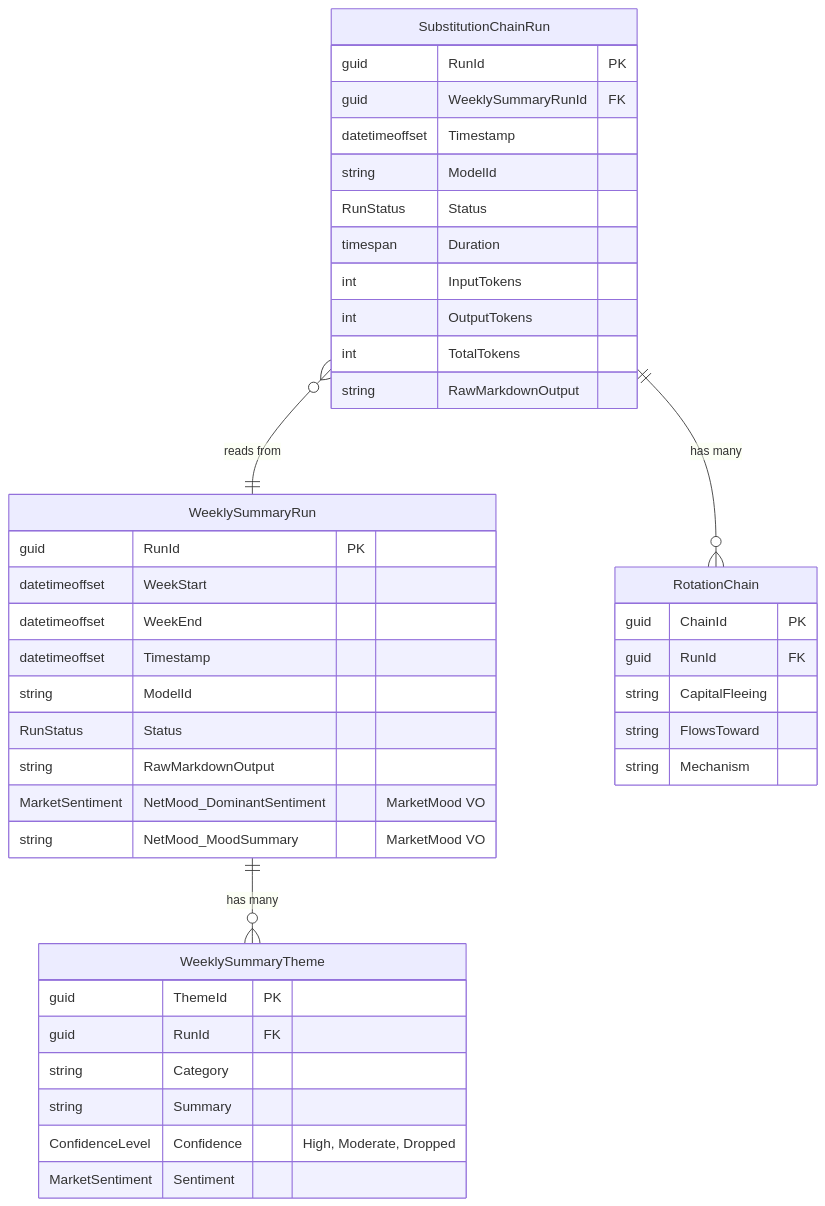
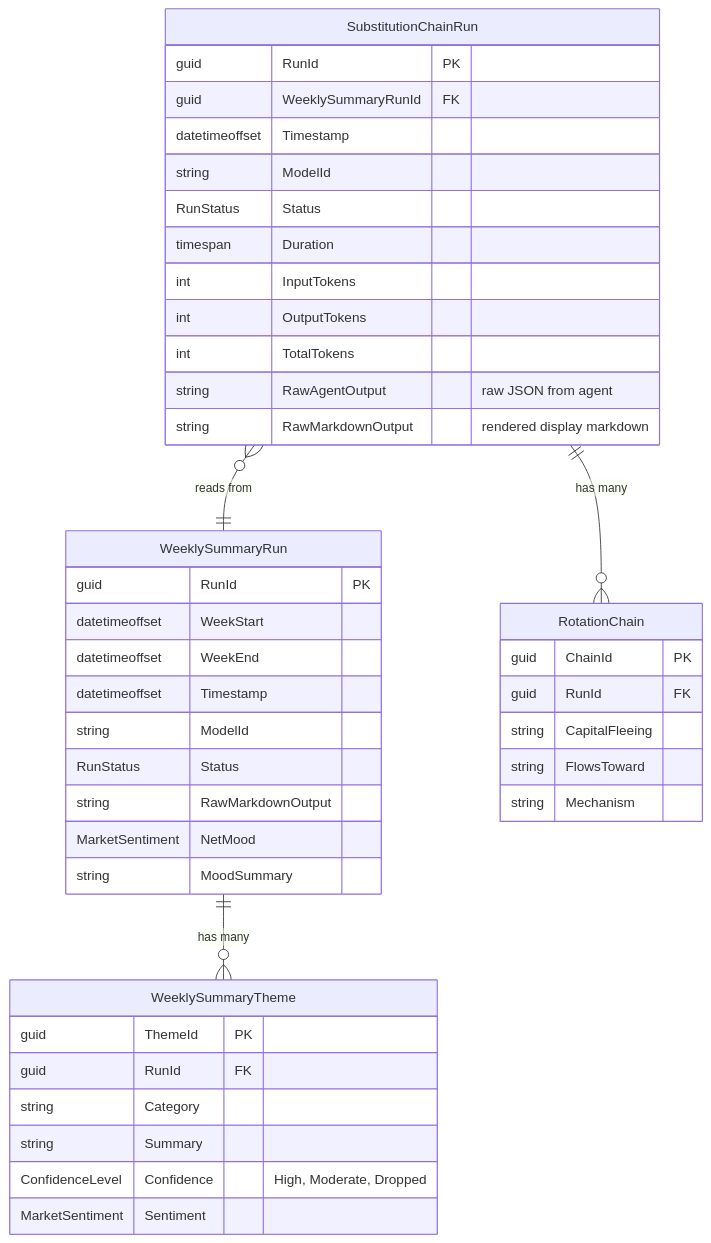
One commit to Muhomorik/KanelBulleKapital changed the second of 4 diagrams in docs/step3-substitution-chain-agent.md. Above: the diagram before and after it, drawn with Mermaid. The commit also changed other lines of this file, not shown here.

````diff
--- a/docs/step3-substitution-chain-agent.md
+++ b/docs/step3-substitution-chain-agent.md
@@ -56,48 +53,49 @@
 ```mermaid
 erDiagram
     WeeklySummaryRun ||--o{ WeeklySummaryTheme : "has many"
     SubstitutionChainRun ||--o{ RotationChain : "has many"
     SubstitutionChainRun }o--|| WeeklySummaryRun : "reads from"
 
     WeeklySummaryRun {
         guid RunId PK
         datetimeoffset WeekStart
         datetimeoffset WeekEnd
         datetimeoffset Timestamp
         string ModelId
         RunStatus Status
         string RawMarkdownOutput
-        MarketSentiment NetMood_DominantSentiment "MarketMood VO"
-        string NetMood_MoodSummary "MarketMood VO"
+        MarketSentiment NetMood
+        string MoodSummary
     }
 
     WeeklySummaryTheme {
         guid ThemeId PK
         guid RunId FK
         string Category
         string Summary
         ConfidenceLevel Confidence "High, Moderate, Dropped"
         MarketSentiment Sentiment
     }
 
     SubstitutionChainRun {
         guid RunId PK
         guid WeeklySummaryRunId FK
         datetimeoffset Timestamp
         string ModelId
         RunStatus Status
         timespan Duration
         int InputTokens
         int OutputTokens
         int TotalTokens
-        string RawMarkdownOutput
+        string RawAgentOutput "raw JSON from agent"
+        string RawMarkdownOutput "rendered display markdown"
     }
 
     RotationChain {
         guid ChainId PK
         guid RunId FK
         string CapitalFleeing
         string FlowsToward
         string Mechanism
     }
 ```
````
